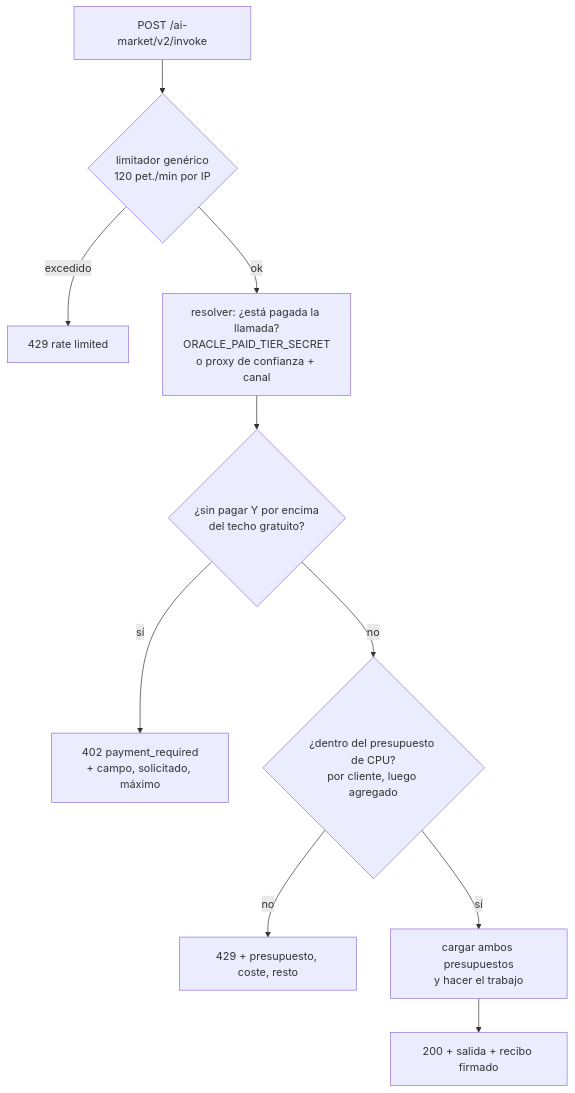
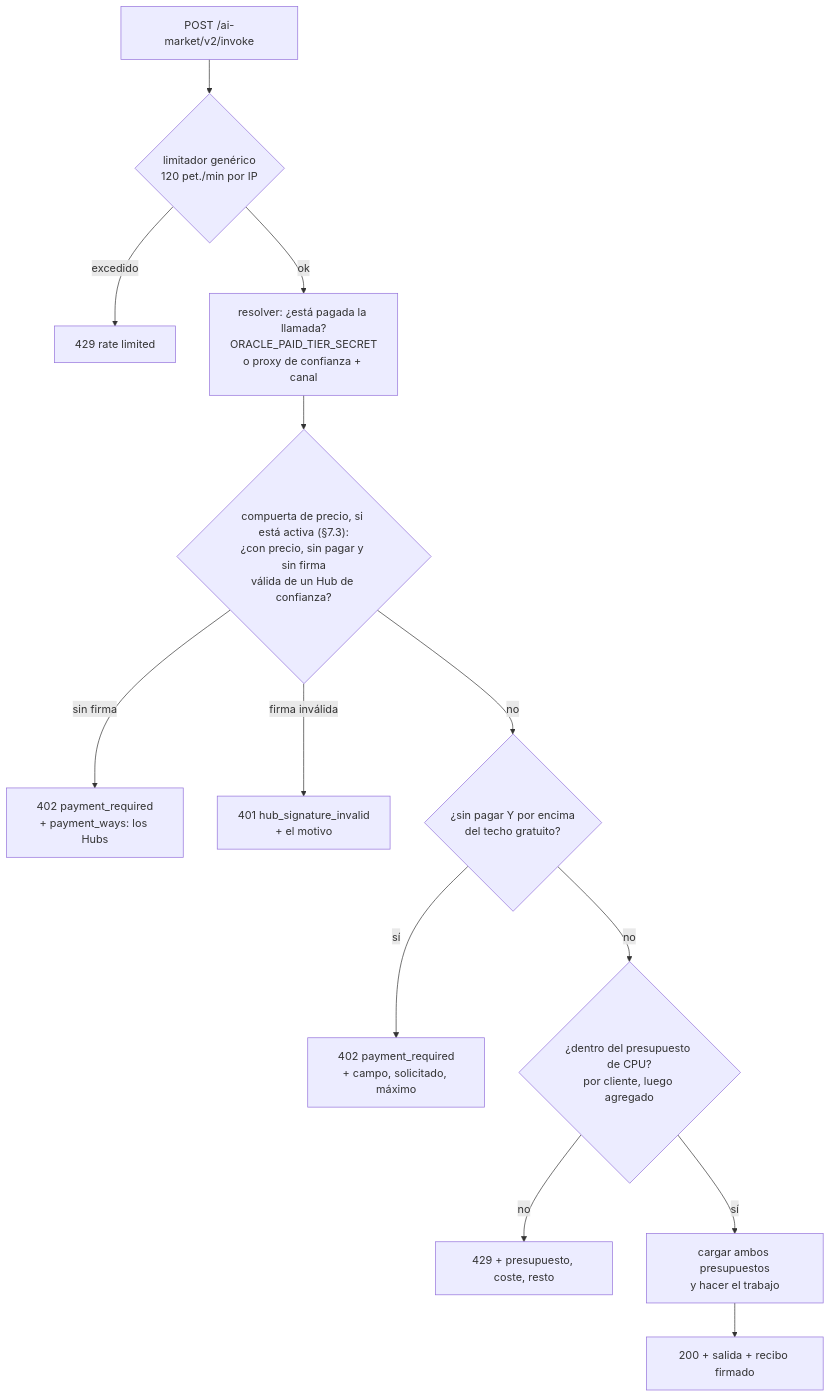
The second of 4 diagrams in docs/free-and-paid-tiers.es.md (alexar76/aicom), drawn with Mermaid before and after one commit. The commit also changed other lines of this file and 496 other files, not shown here.

````diff
--- a/docs/free-and-paid-tiers.es.md
+++ b/docs/free-and-paid-tiers.es.md
@@ -176,12 +176,15 @@
 ```mermaid
 flowchart TD
     R["POST /ai-market/v2/invoke"] --> G{"limitador genérico<br/>120 pet./min por IP"}
     G -->|excedido| G429["429 rate limited"]
     G -->|ok| P["resolver: ¿está pagada la llamada?<br/>ORACLE_PAID_TIER_SECRET<br/>o proxy de confianza + canal"]
-    P --> F{"¿sin pagar Y por encima<br/>del techo gratuito?"}
+    P --> H{"compuerta de precio, si está activa (§7.3):<br/>¿con precio, sin pagar y sin firma<br/>válida de un Hub de confianza?"}
+    H -->|sin firma| H402["402 payment_required<br/>+ payment_ways: los Hubs"]
+    H -->|firma inválida| H401["401 hub_signature_invalid<br/>+ el motivo"]
+    H -->|no| F{"¿sin pagar Y por encima<br/>del techo gratuito?"}
     F -->|sí| F402["402 payment_required<br/>+ campo, solicitado, máximo"]
     F -->|no| B{"¿dentro del presupuesto de CPU?<br/>por cliente, luego agregado"}
     B -->|no| B429["429 + presupuesto, coste, resto"]
     B -->|sí| W["cargar ambos presupuestos<br/>y hacer el trabajo"]
     W --> OK["200 + salida + recibo firmado"]
 ```
````
